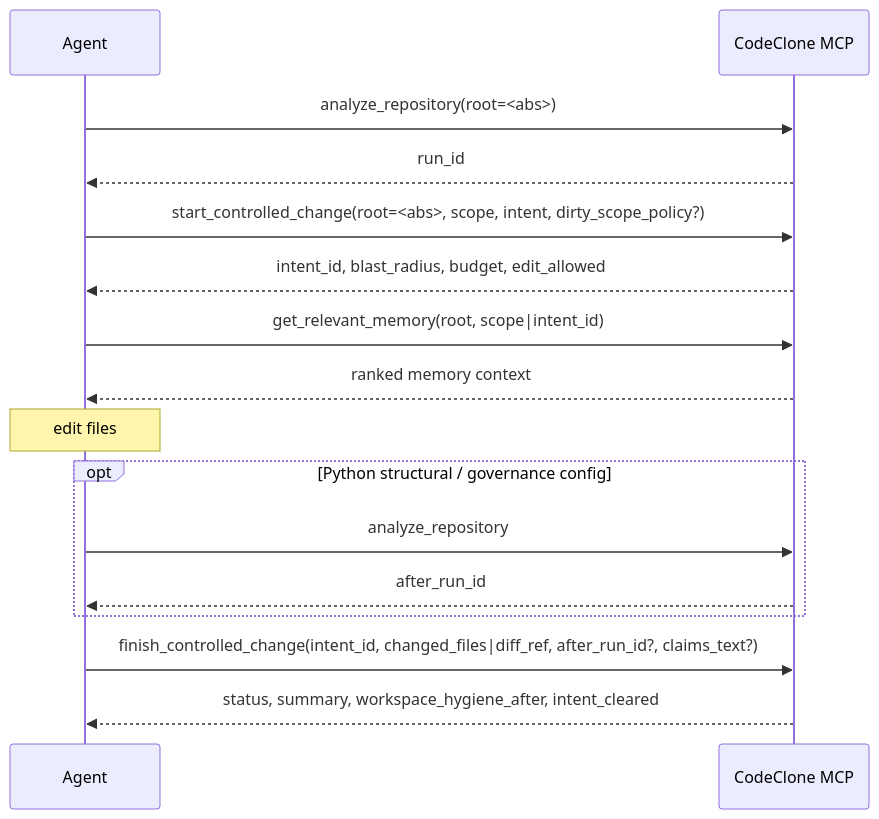
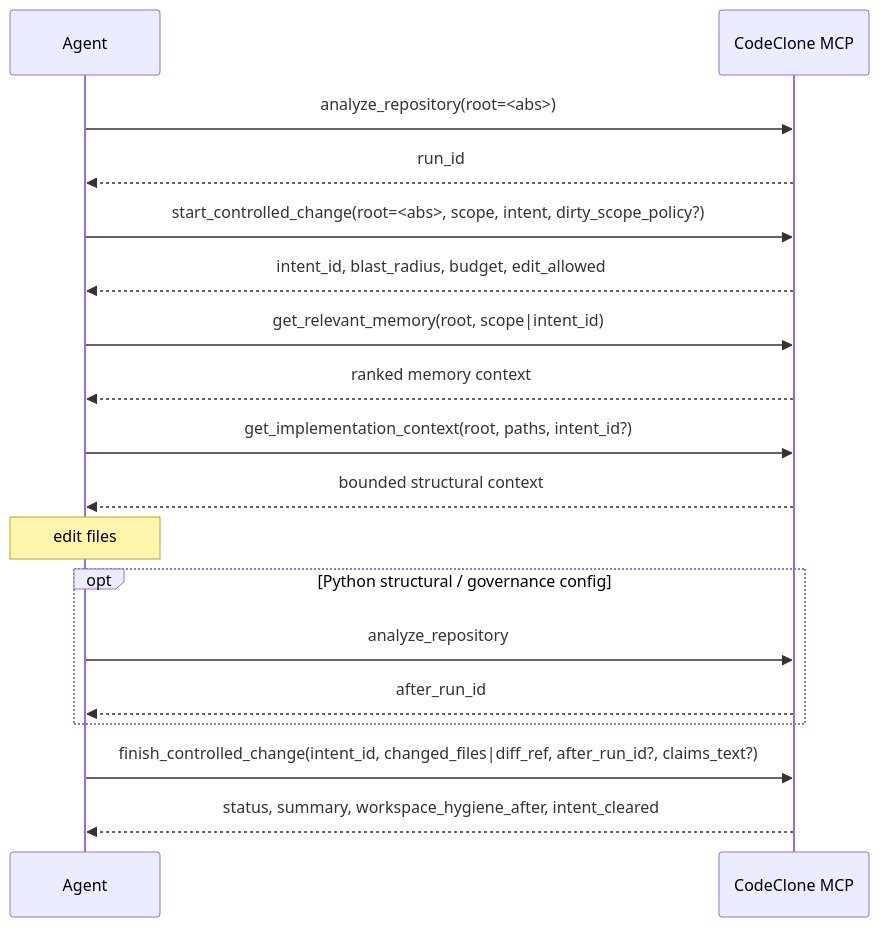
One commit to orenlab/codeclone changed the diagram in docs/guide/mcp/workflows/change-control.md. Above: the diagram before and after it, drawn with Mermaid. The commit also changed 69 other files, not shown here.

````diff
--- a/docs/guide/mcp/workflows/change-control.md
+++ b/docs/guide/mcp/workflows/change-control.md
@@ -7,18 +7,20 @@
 ```mermaid
 sequenceDiagram
     participant Agent
     participant MCP as CodeClone MCP
     Agent ->> MCP: analyze_repository(root=<abs>)
     MCP -->> Agent: run_id
     Agent ->> MCP: start_controlled_change(root=<abs>, scope, intent, dirty_scope_policy?)
     MCP -->> Agent: intent_id, blast_radius, budget, edit_allowed
     Agent ->> MCP: get_relevant_memory(root, scope|intent_id)
     MCP -->> Agent: ranked memory context
+    Agent ->> MCP: get_implementation_context(root, paths, intent_id?)
+    MCP -->> Agent: bounded structural context
     Note over Agent: edit files
     opt Python structural / governance config
         Agent ->> MCP: analyze_repository
         MCP -->> Agent: after_run_id
     end
     Agent ->> MCP: finish_controlled_change(intent_id, changed_files|diff_ref, after_run_id?, claims_text?)
     MCP -->> Agent: status, summary, workspace_hygiene_after, intent_cleared
 ```
````
